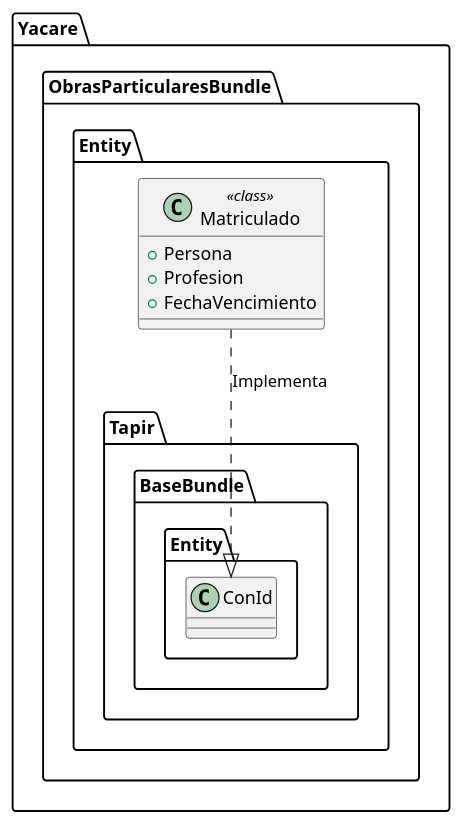
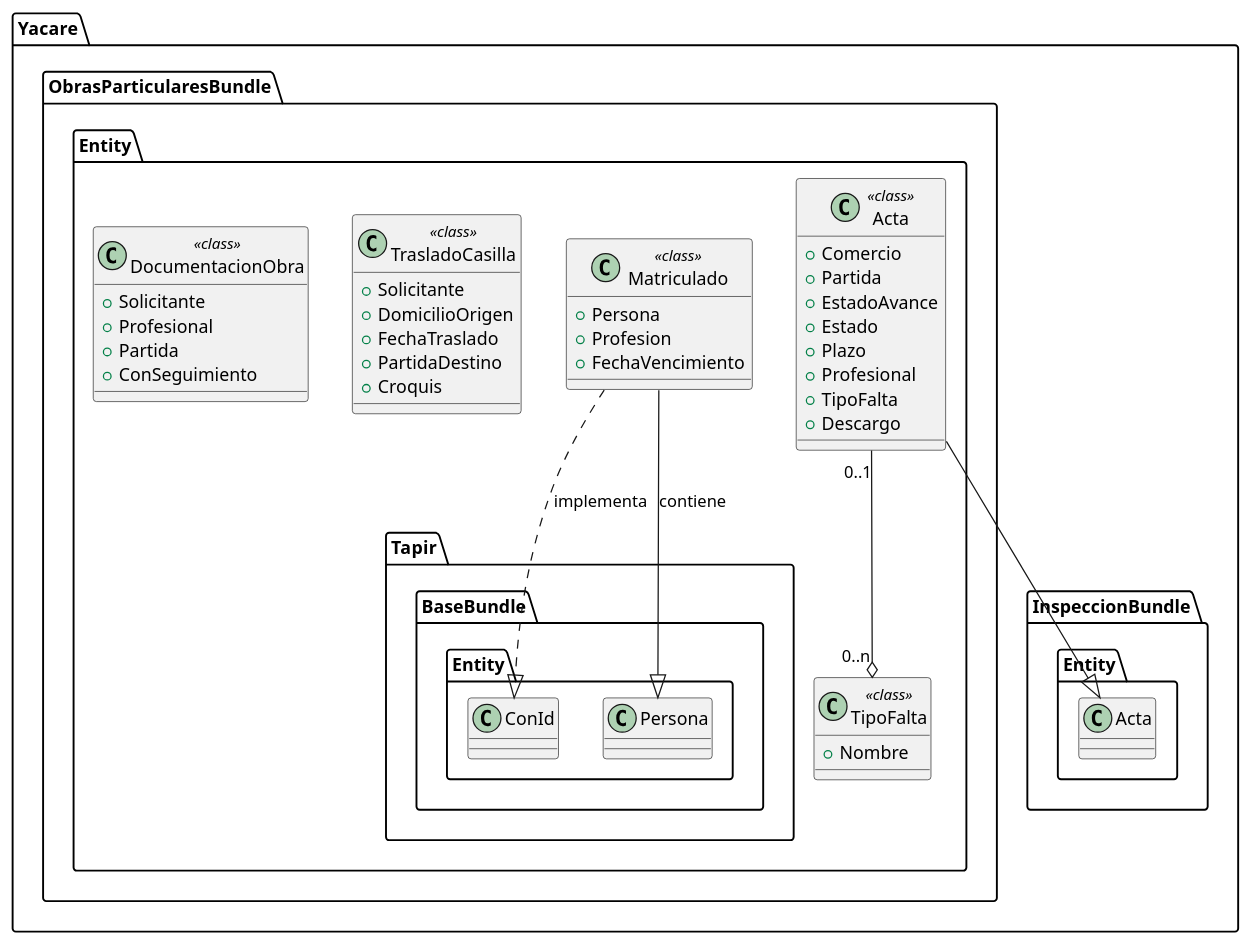
One commit to Drake86cnf/yacare changed the diagram in docs/Clases/Yacare/ObrasParticulares/DC_Entidades.pu. Above: the diagram before and after it, drawn with PlantUML. The commit also changed 16 other files, not shown here.

```diff
--- a/docs/Clases/Yacare/ObrasParticulares/DC_Entidades.pu
+++ b/docs/Clases/Yacare/ObrasParticulares/DC_Entidades.pu
@@ -1,12 +1,47 @@
 @startuml
 
 namespace Yacare.ObrasParticularesBundle.Entity  {
 	class Matriculado <<class>> {
 		+Persona
 		+Profesion
 		+FechaVencimiento
 	}
-	Yacare.ObrasParticularesBundle.Entity.Matriculado..|> Tapir.BaseBundle.Entity.ConId:Implementa
+	
+	class Acta <<class>> {
+		+Comercio
+		+Partida
+		+EstadoAvance
+		+Estado
+		+Plazo
+		+Profesional
+		+TipoFalta
+		+Descargo
+	}
+	
+	class TipoFalta <<class>> {
+		+Nombre
+	}
+	
+	class TrasladoCasilla <<class>> {
+		+Solicitante
+		+DomicilioOrigen
+		+FechaTraslado
+		+PartidaDestino
+		+Croquis
+	}
+	
+	class DocumentacionObra <<class>> {
+		+Solicitante
+		+Profesional
+		+Partida
+		+ConSeguimiento
+	}
+	
+	Matriculado ..|> Tapir.BaseBundle.Entity.ConId : implementa
+	Matriculado --|> Tapir.BaseBundle.Entity.Persona : contiene
+	
+	Acta --|> Yacare.InspeccionBundle.Entity.Acta
+	Acta "0..1" --o "0..n" TipoFalta 
 }
 
 @enduml
```
